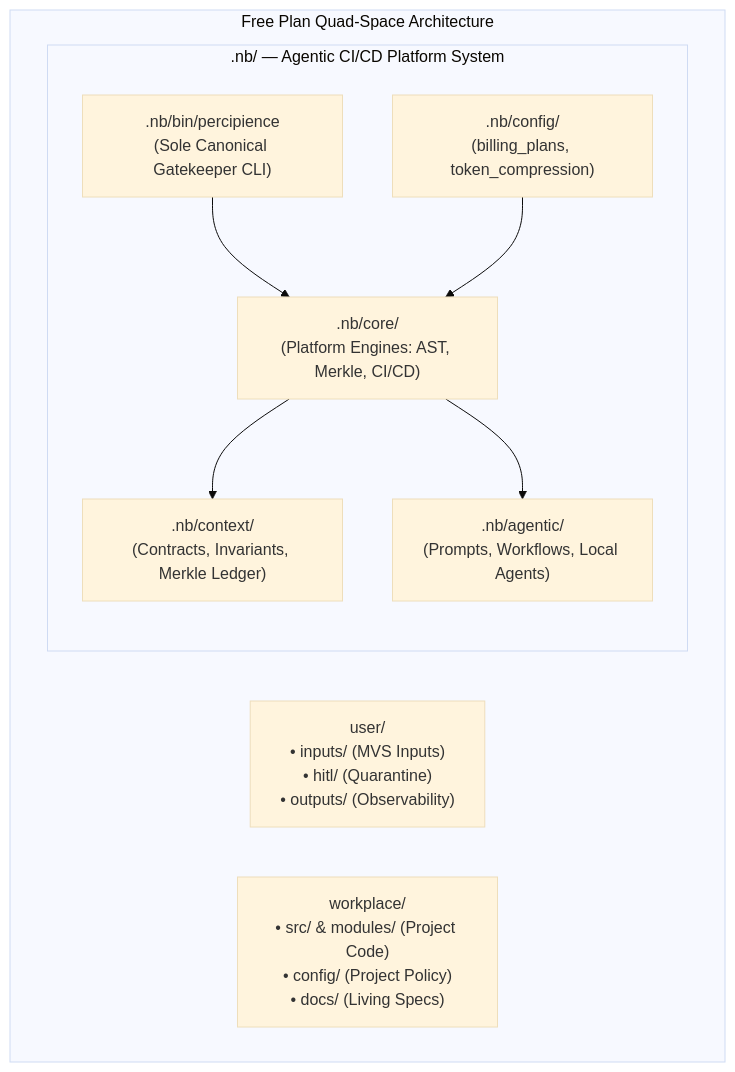
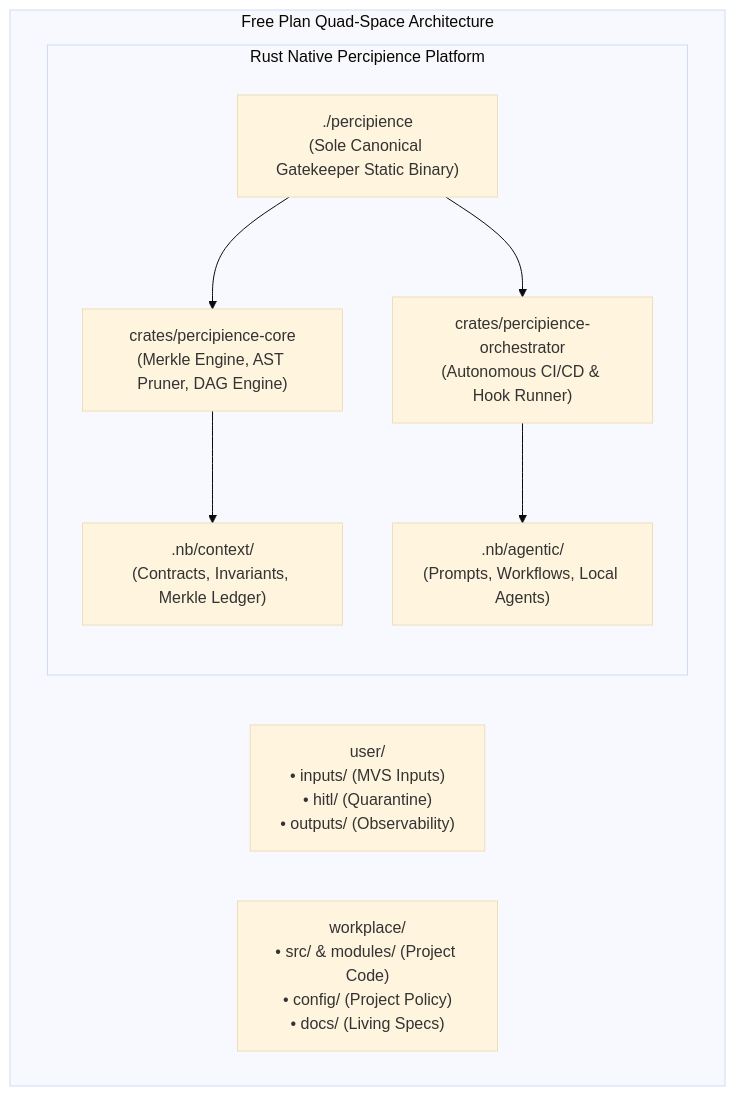
The diagram in .nb/plan/master/parent-master-free-plan/concise.md (lakhwindersingh/nb_fairyfly), drawn with Mermaid (base theme) before and after one commit. The commit also changed other lines of this file and 66 other files, not shown here.

````diff
--- a/.nb/plan/master/parent-master-free-plan/concise.md
+++ b/.nb/plan/master/parent-master-free-plan/concise.md
@@ -92,20 +92,20 @@
 ```mermaid
 graph TD
   subgraph Free_Plan_Workspace["Free Plan Quad-Space Architecture"]
     UserSpace["user/<br/>• inputs/ (MVS Inputs)<br/>• hitl/ (Quarantine)<br/>• outputs/ (Observability)"]
     WorkplaceSpace["workplace/<br/>• src/ & modules/ (Project Code)<br/>• config/ (Project Policy)<br/>• docs/ (Living Specs)"]
     
-    subgraph Agentic_CICD_Platform[".nb/ — Agentic CI/CD Platform System"]
-      NBCli[".nb/bin/percipience<br/>(Sole Canonical Gatekeeper CLI)"]
-      NBConfig[".nb/config/<br/>(billing_plans, token_compression)"]
-      NBCore[".nb/core/<br/>(Platform Engines: AST, Merkle, CI/CD)"]
+    subgraph Agentic_CICD_Platform["Rust Native Percipience Platform"]
+      NBCli["./percipience<br/>(Sole Canonical Gatekeeper Static Binary)"]
+      NBCrateCore["crates/percipience-core<br/>(Merkle Engine, AST Pruner, DAG Engine)"]
+      NBCrateOrch["crates/percipience-orchestrator<br/>(Autonomous CI/CD & Hook Runner)"]
       NBContext[".nb/context/<br/>(Contracts, Invariants, Merkle Ledger)"]
       NBAgentic[".nb/agentic/<br/>(Prompts, Workflows, Local Agents)"]
     end
   end
 
-  NBCli --> NBCore
-  NBConfig --> NBCore
-  NBCore --> NBContext
-  NBCore --> NBAgentic
+  NBCli --> NBCrateCore
+  NBCli --> NBCrateOrch
+  NBCrateCore --> NBContext
+  NBCrateOrch --> NBAgentic
 ```
````
